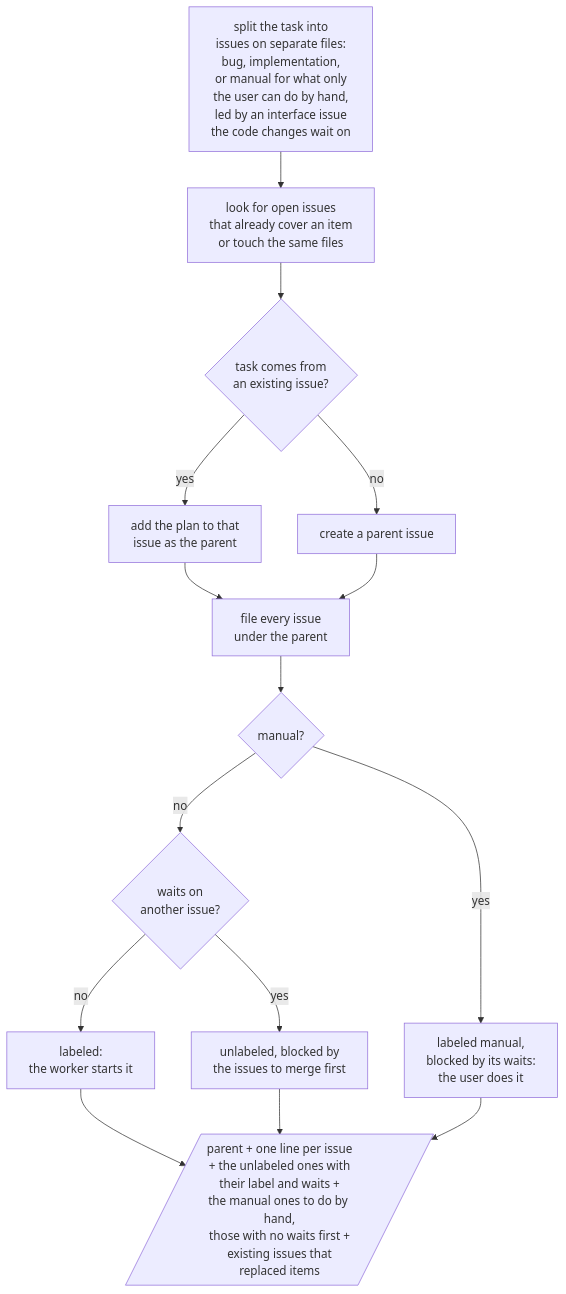
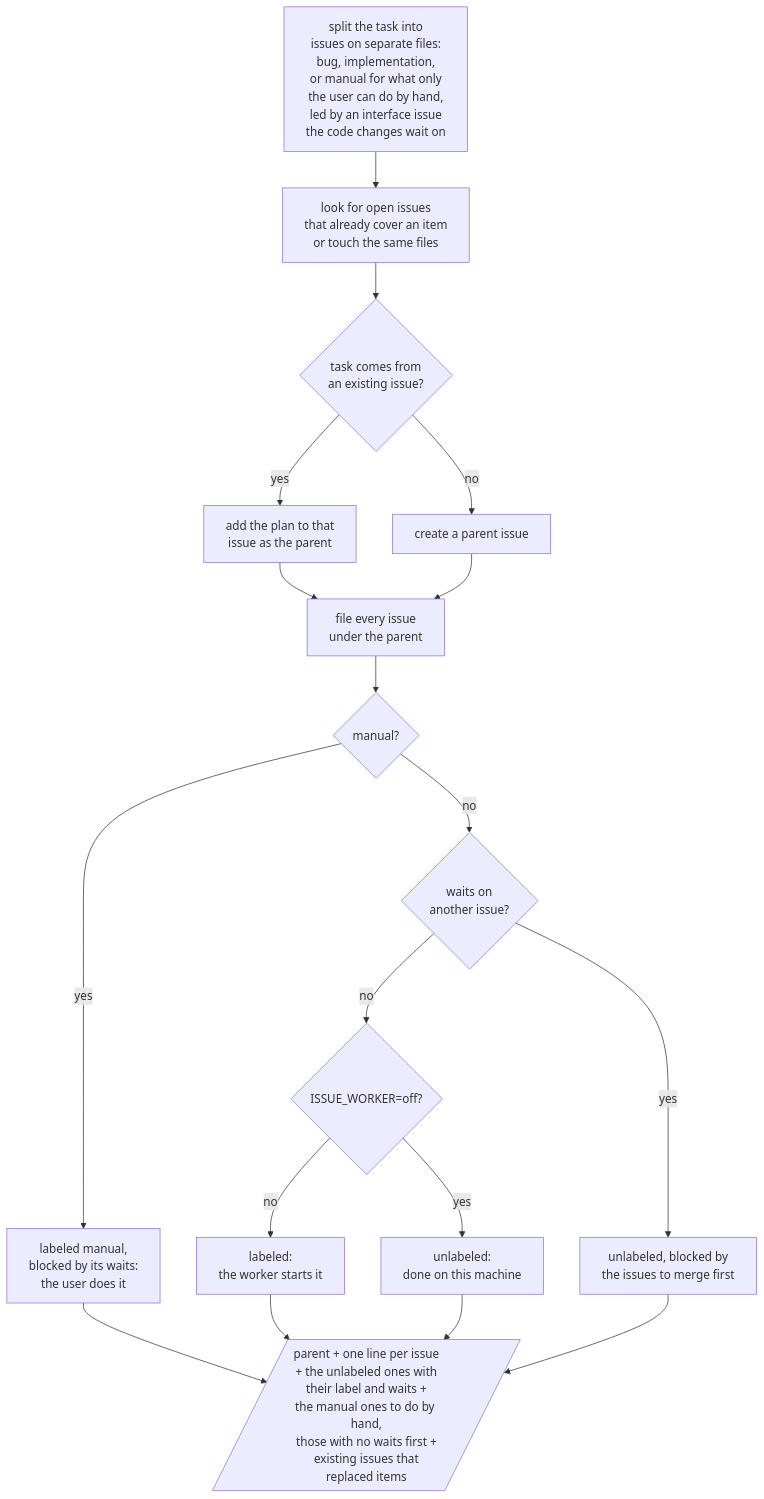
Before and after one commit to omni-stove/skill-kit: the diagram in shared/skills/delegate/README.md, drawn with Mermaid. The commit also changed 35 other files, not shown here.

````diff
--- a/shared/skills/delegate/README.md
+++ b/shared/skills/delegate/README.md
@@ -3,18 +3,21 @@
 ```mermaid
 flowchart TD
   split["split the task into<br/>issues on separate files:<br/>bug, implementation,<br/>or manual for what only<br/>the user can do by hand,<br/>led by an interface issue<br/>the code changes wait on"]
   split --> similar[look for open issues<br/>that already cover an item<br/>or touch the same files]
   similar --> origin{task comes from<br/>an existing issue?}
   origin -- "yes" --> comment[add the plan to that<br/>issue as the parent]
   origin -- "no" --> parent[create a parent issue]
   comment --> create[file every issue<br/>under the parent]
   create --> kind{manual?}
   kind -- "yes" --> manual[labeled manual,<br/>blocked by its waits:<br/>the user does it]
   kind -- "no" --> wait{waits on<br/>another issue?}
-  wait -- "no" --> now[labeled:<br/>the worker starts it]
+  wait -- "no" --> off{ISSUE_WORKER=off?}
+  off -- "no" --> now[labeled:<br/>the worker starts it]
+  off -- "yes" --> local[unlabeled:<br/>done on this machine]
   wait -- "yes" --> later[unlabeled, blocked by<br/>the issues to merge first]
   parent --> create
   now --> report[/"parent + one line per issue<br/>+ the unlabeled ones with<br/>their label and waits +<br/>the manual ones to do by hand,<br/>those with no waits first +<br/>existing issues that<br/>replaced items"/]
   later --> report
+  local --> report
   manual --> report
 ```
````
